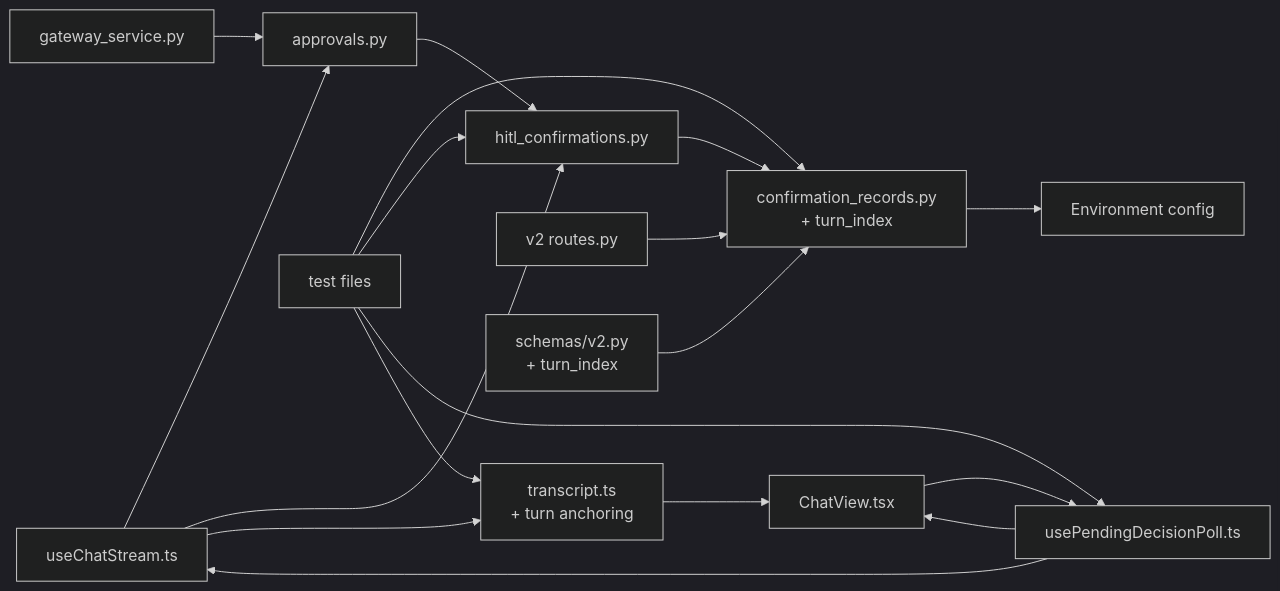
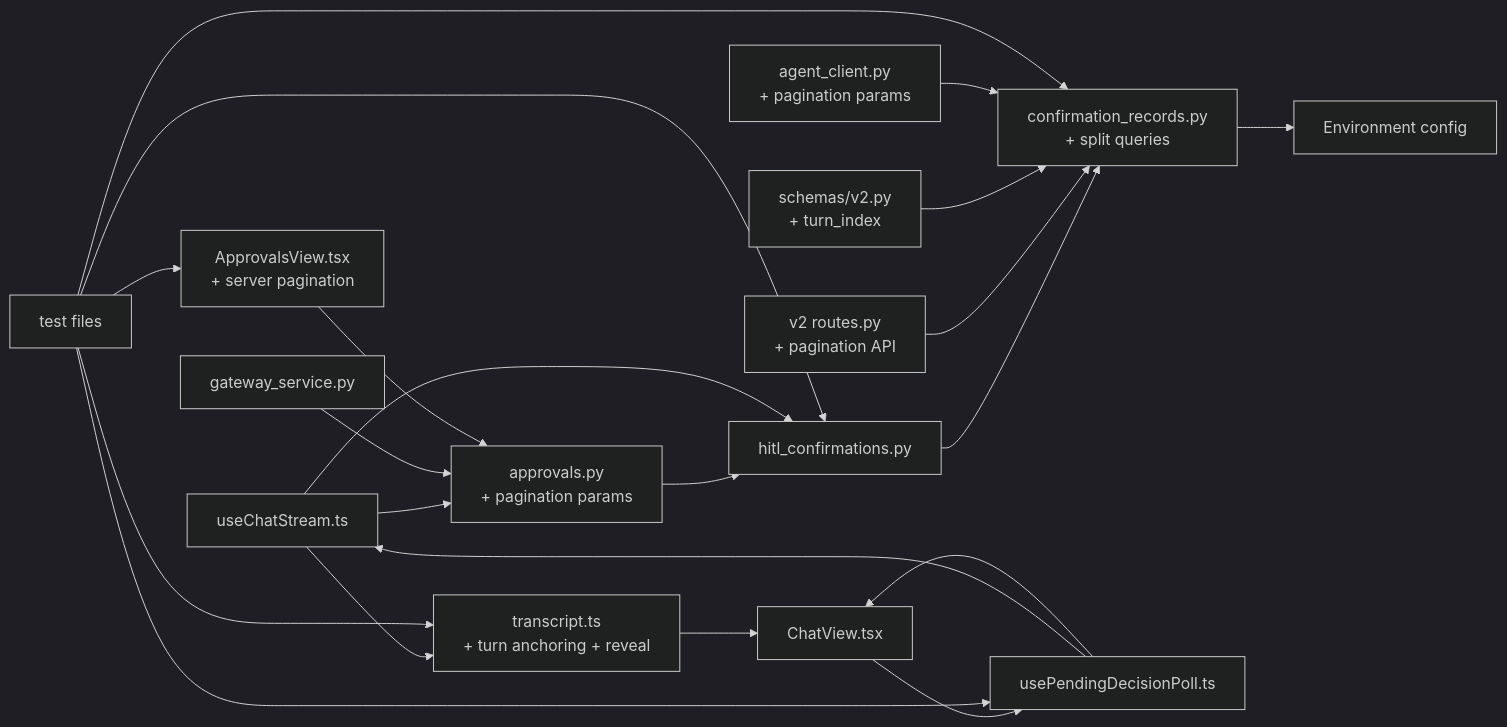
One commit to metasync/luban-aiops changed diagram 11 of 11 in .qoder/repowiki/en/content/Architecture Documentation/SPEC-031_ Approval Inbox and Persistent Confirmation Cards.md. Above: the diagram before and after it, drawn with Mermaid (dark theme). The commit also changed other lines of this file and 14 other files, not shown here.

````diff
--- a/.qoder/repowiki/en/content/Architecture Documentation/SPEC-031_ Approval Inbox and Persistent Confirmation Cards.md
+++ b/.qoder/repowiki/en/content/Architecture Documentation/SPEC-031_ Approval Inbox and Persistent Confirmation Cards.md
@@ -440,20 +526,23 @@
 ```mermaid
 graph LR
-CR["confirmation_records.py<br/>+ turn_index"] --> ENV["Environment config"]
+CR["confirmation_records.py<br/>+ split queries"] --> ENV["Environment config"]
 HITL["hitl_confirmations.py"] --> CR
-APPR["approvals.py"] --> HITL
+APPR["approvals.py<br/>+ pagination params"] --> HITL
 STREAM["useChatStream.ts"] --> APPR
 STREAM --> HITL
-STREAM --> TRANSCRIPT["transcript.ts<br/>+ turn anchoring"]
+STREAM --> TRANSCRIPT["transcript.ts<br/>+ turn anchoring + reveal"]
 POLL["usePendingDecisionPoll.ts"] --> STREAM
 POLL --> CHATVIEW["ChatView.tsx"]
 CHATVIEW --> POLL
 TRANSCRIPT --> CHATVIEW
-V2["v2 routes.py"] --> CR
+V2["v2 routes.py<br/>+ pagination API"] --> CR
 SCHEMA["schemas/v2.py<br/>+ turn_index"] --> CR
 GSVC["gateway_service.py"] --> APPR
+AC["agent_client.py<br/>+ pagination params"] --> CR
+APPROVALSVIEW["ApprovalsView.tsx<br/>+ server pagination"] --> APPR
 TESTS["test files"] --> CR
 TESTS --> HITL
 TESTS --> POLL
 TESTS --> TRANSCRIPT
+TESTS --> APPROVALSVIEW
 ```
````
